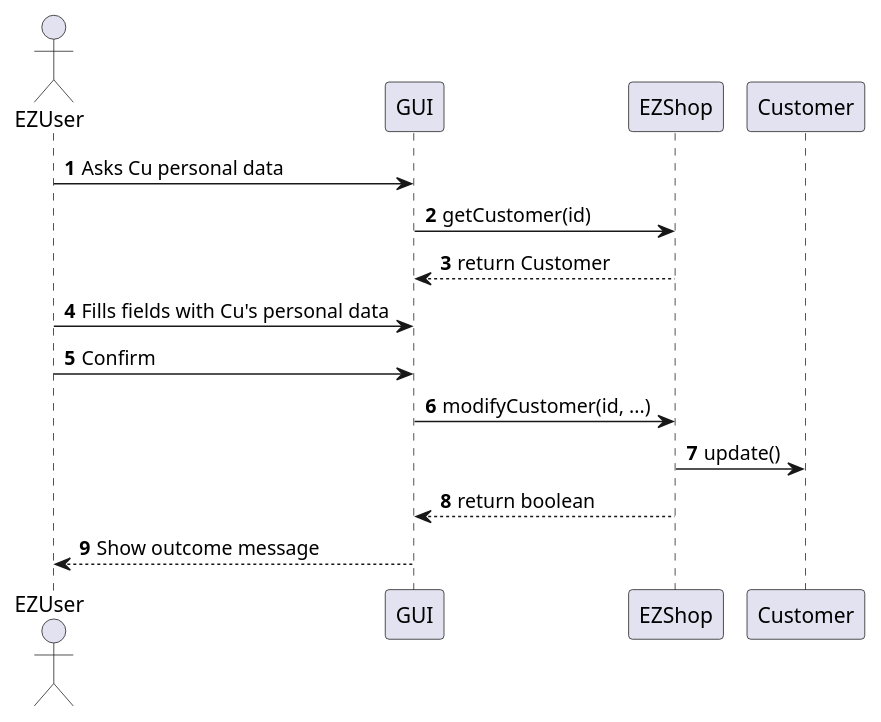
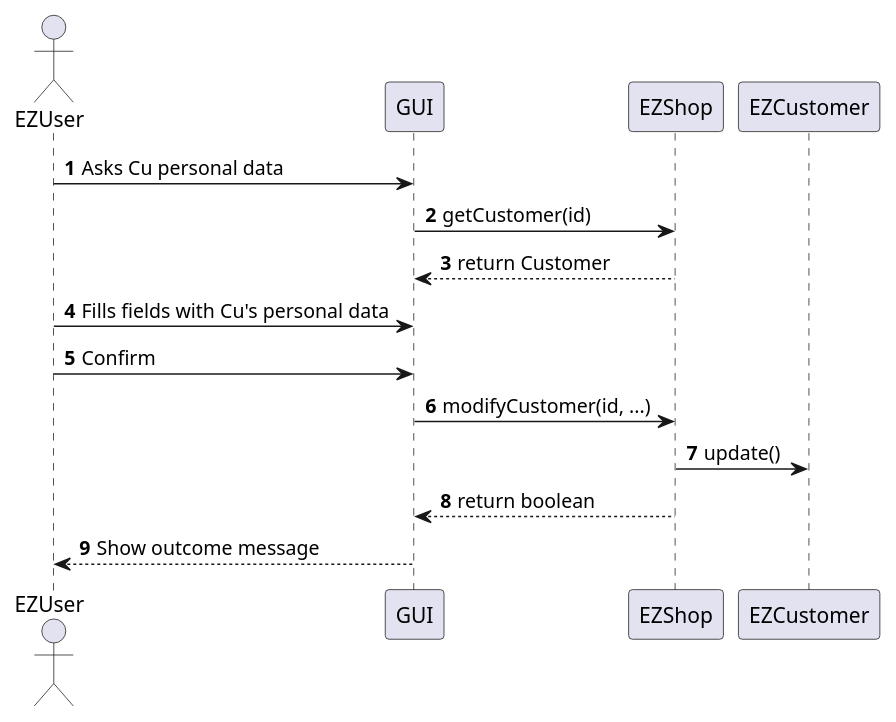
Diagram 13 of 27 in Deliverables/DesignDocument.md (Stormz4/group20-EzShop), drawn with PlantUML before and after one commit. The commit also changed other lines of this file, not shown here.

````diff
--- a/Deliverables/DesignDocument.md
+++ b/Deliverables/DesignDocument.md
@@ -543,15 +592,15 @@
 ```plantuml
 @startuml
 Actor EZUser
 autonumber
 EZUser -> GUI: Asks Cu personal data
 GUI -> EZShop: getCustomer(id)
 EZShop --> GUI: return Customer
 EZUser -> GUI: Fills fields with Cu's personal data
 EZUser -> GUI: Confirm
 GUI -> EZShop: modifyCustomer(id, ...)
-EZShop -> Customer: update()
+EZShop -> EZCustomer: update()
 EZShop --> GUI: return boolean
 GUI --> EZUser: Show outcome message
 @enduml
 ```
````
